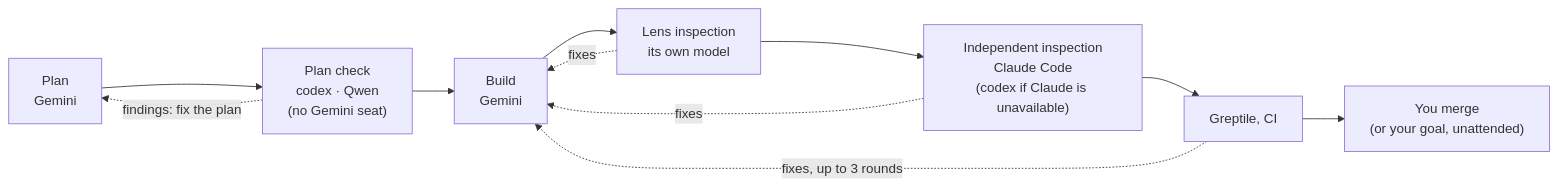
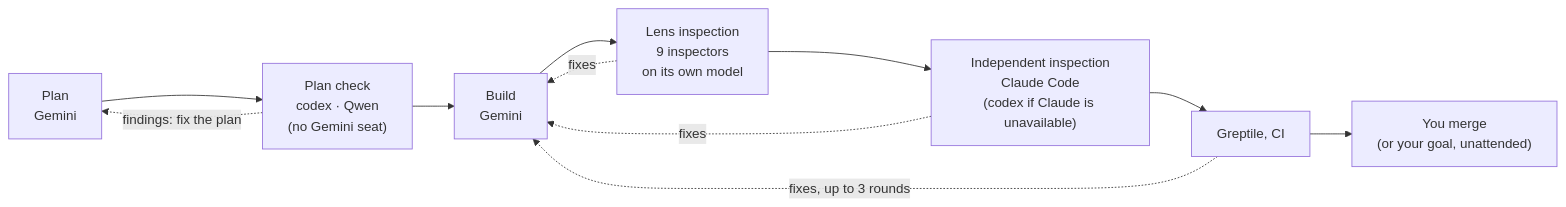
The third of 3 diagrams in README.md (kaithoughtarchitect/toppingout), drawn with Mermaid before and after one commit. The commit also changed other lines of this file and 24 other files, not shown here.

````diff
--- a/README.md
+++ b/README.md
@@ -126,8 +214,8 @@
 ```mermaid
 flowchart LR
-  P["Plan<br/>Gemini"] --> C["Plan check<br/>codex · Qwen<br/>(no Gemini seat)"] --> B["Build<br/>Gemini"] --> L["Lens inspection<br/>its own model"] --> I["Independent inspection<br/>Claude Code<br/>(codex if Claude is unavailable)"] --> G["Greptile, CI"] --> M["You merge<br/>(or your goal, unattended)"]
+  P["Plan<br/>Gemini"] --> C["Plan check<br/>codex · Qwen<br/>(no Gemini seat)"] --> B["Build<br/>Gemini"] --> L["Lens inspection<br/>9 inspectors<br/>on its own model"] --> I["Independent inspection<br/>Claude Code<br/>(codex if Claude is unavailable)"] --> G["Greptile, CI"] --> M["You merge<br/>(or your goal, unattended)"]
   C -. "findings: fix the plan" .-> P
   L -. "fixes" .-> B
   I -. "fixes" .-> B
   G -. "fixes, up to 3 rounds" .-> B
 ```
````
